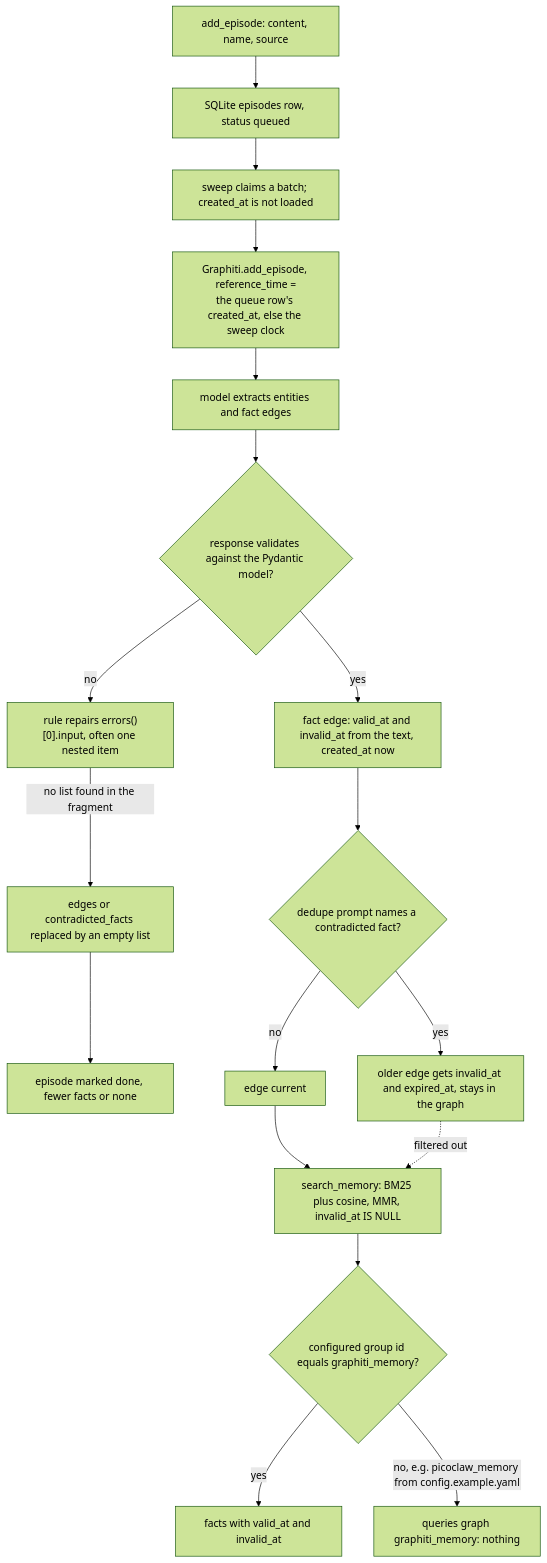
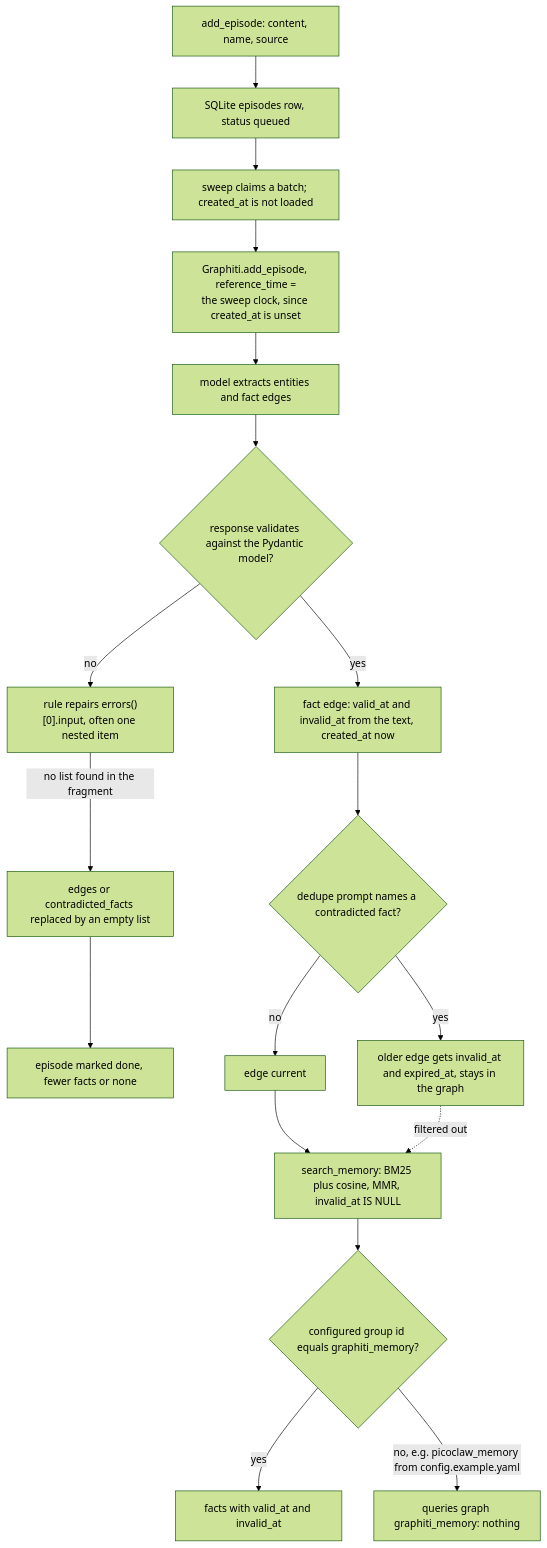
One commit to neoneye/agent-memory-atlas changed the diagram in content/systems/janus-graph.md. Above: the diagram before and after it, drawn with Mermaid (forest theme). The commit also changed other lines of this file and 99 other files, not shown here.

````diff
--- a/content/systems/janus-graph.md
+++ b/content/systems/janus-graph.md
@@ -49,21 +49,21 @@
 ```mermaid
 %% caption: an episode becomes facts only if Graphiti's extraction survives the repair wrapper, whose fallback for a malformed item is an empty list; a fact stops being returned when a contradiction closes its interval, and search_memory reads the right graph only when the group id equals the driver default
 flowchart TD
   A["add_episode: content, name, source"] --> Q["SQLite episodes row, status queued"]
   Q --> S["sweep claims a batch; created_at is not loaded"]
-  S --> W["Graphiti.add_episode, reference_time =<br/>the queue row's created_at, else the sweep clock"]
+  S --> W["Graphiti.add_episode, reference_time =<br/>the sweep clock, since created_at is unset"]
   W --> X["model extracts entities and fact edges"]
   X --> V{"response validates against the Pydantic model?"}
   V -->|yes| E["fact edge: valid_at and invalid_at from the text, created_at now"]
   V -->|no| R["rule repairs errors()[0].input, often one nested item"]
   R -->|"no list found in the fragment"| Z["edges or contradicted_facts replaced by an empty list"]
   Z --> D["episode marked done, fewer facts or none"]
   E --> C{"dedupe prompt names a contradicted fact?"}
   C -->|yes| I["older edge gets invalid_at and expired_at, stays in the graph"]
   C -->|no| K["edge current"]
   K --> F["search_memory: BM25 plus cosine, MMR, invalid_at IS NULL"]
   I -.->|"filtered out"| F
   F --> G{"configured group id equals graphiti_memory?"}
   G -->|yes| OUT["facts with valid_at and invalid_at"]
   G -->|"no, e.g. picoclaw_memory from config.example.yaml"| N["queries graph graphiti_memory: nothing"]
 ```
````
